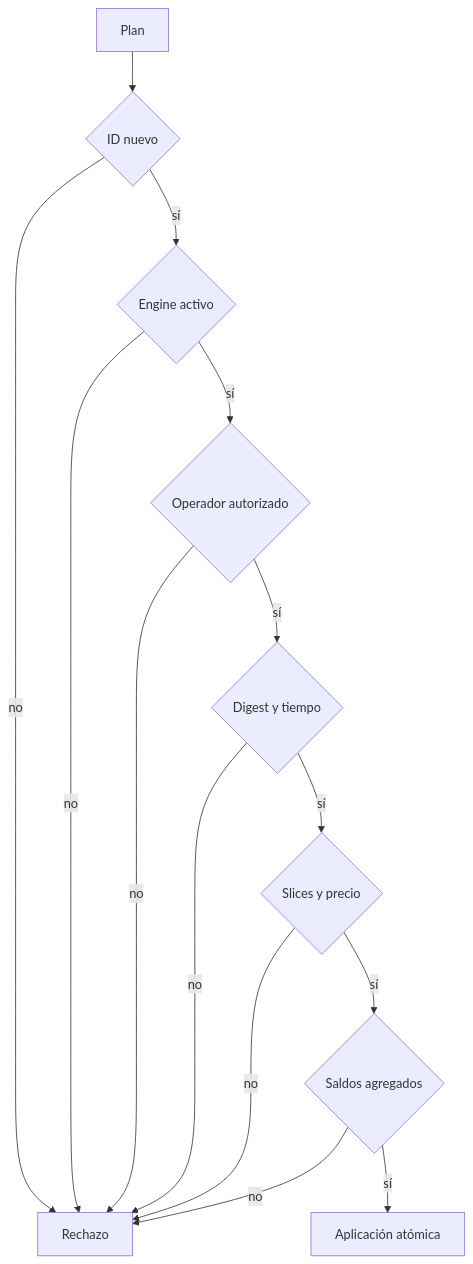
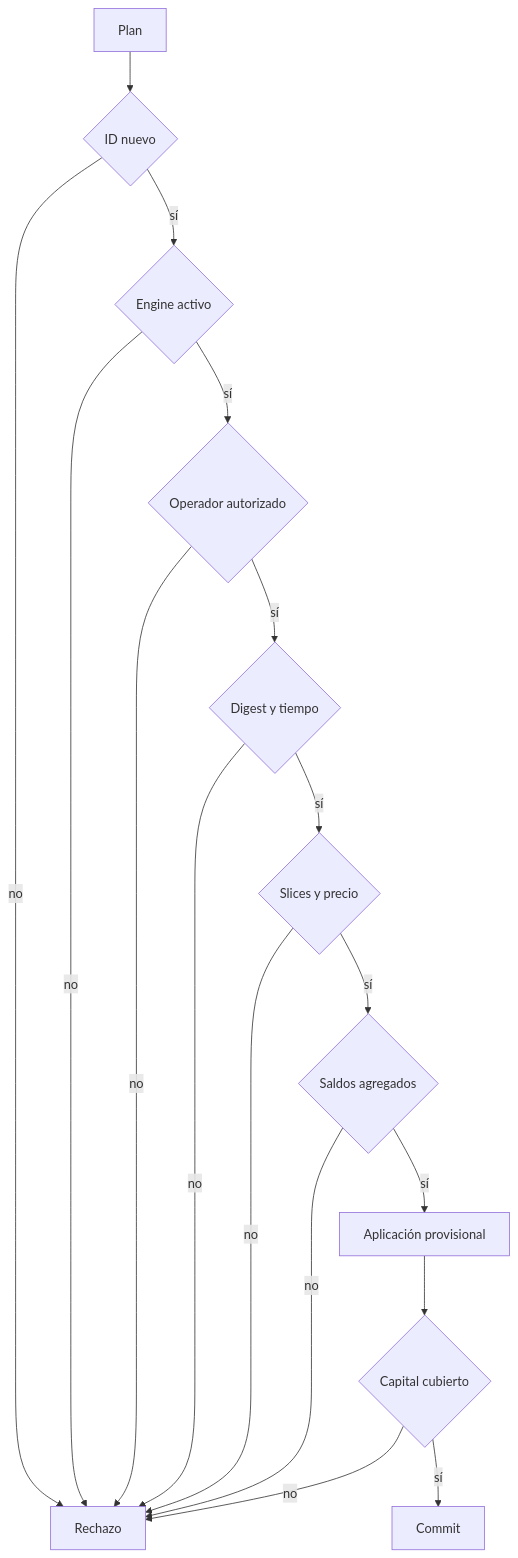
Before and after one commit to SolguardLabs/AetherDTL: the first of 2 diagrams in docs/security-model.md, drawn with Mermaid. The commit also changed other lines of this file and 16 other files, not shown here.

````diff
--- a/docs/security-model.md
+++ b/docs/security-model.md
@@ -19,16 +19,19 @@
 ```mermaid
 flowchart TD
     A["Plan"] --> B{"ID nuevo"}
     B -->|"no"| X["Rechazo"]
     B -->|"sí"| C{"Engine activo"}
     C -->|"no"| X
     C -->|"sí"| D{"Operador autorizado"}
     D -->|"no"| X
     D -->|"sí"| E{"Digest y tiempo"}
     E -->|"no"| X
     E -->|"sí"| F{"Slices y precio"}
     F -->|"no"| X
     F -->|"sí"| G{"Saldos agregados"}
     G -->|"no"| X
-    G -->|"sí"| H["Aplicación atómica"]
+    G -->|"sí"| H["Aplicación provisional"]
+    H --> I{"Capital cubierto"}
+    I -->|"no"| X
+    I -->|"sí"| J["Commit"]
 ```
````
